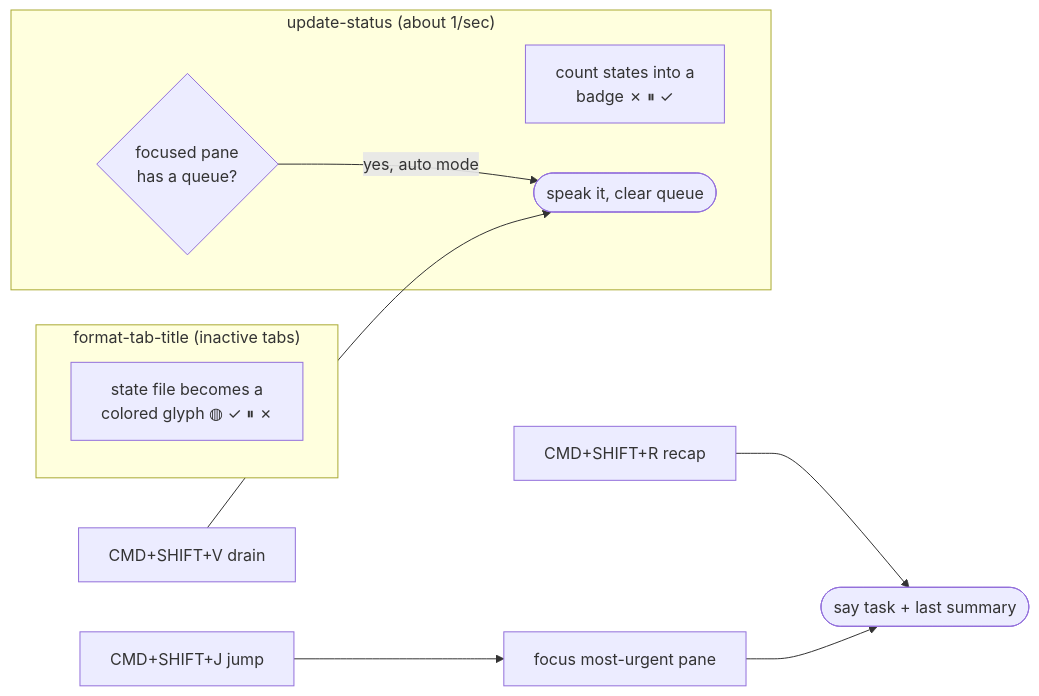
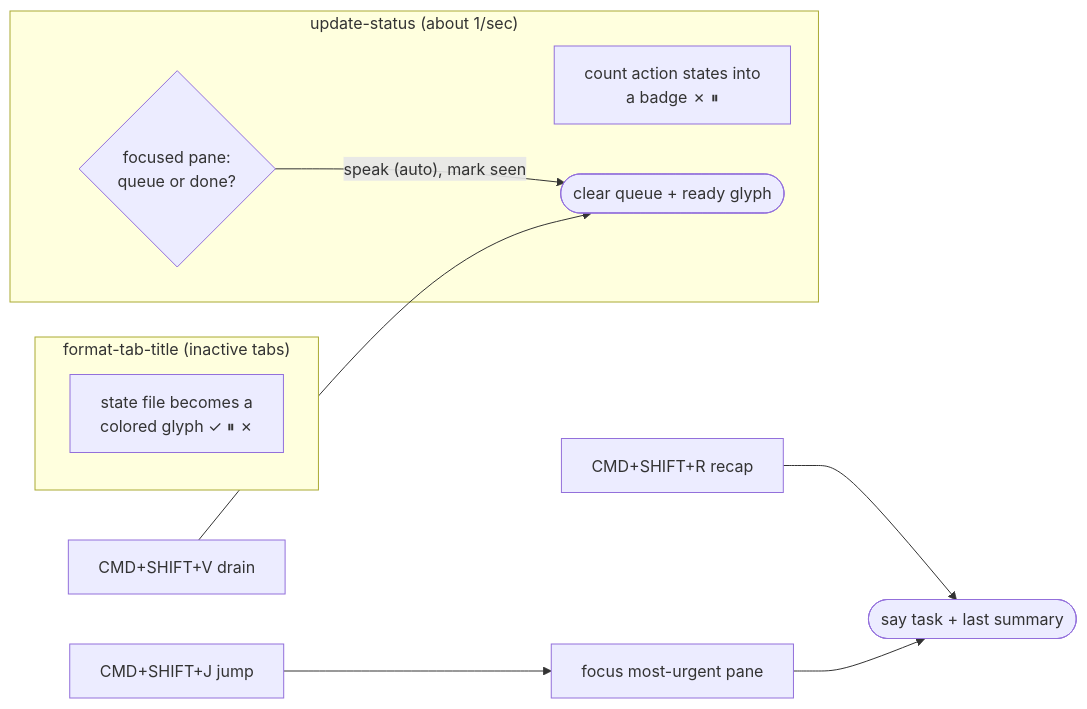
Before and after one commit to Louis-Mascari/aloud: the second of 2 diagrams in docs/architecture.md, drawn with Mermaid. The commit also changed other lines of this file and 8 other files, not shown here.

Commit message:
warm Kokoro daemon (fast, sentence-by-sentence) + barge-in key; badge action-only; drop working glyph; seen-vs-unseen done; summary rule = act-without-reading

````diff
--- a/docs/architecture.md
+++ b/docs/architecture.md
@@ -37,13 +37,13 @@
 ```mermaid
 flowchart LR
     subgraph tab["format-tab-title (inactive tabs)"]
-        G["state file becomes a<br/>colored glyph ◍ ✓ ⏸ ✗"]
+        G["state file becomes a<br/>colored glyph ✓ ⏸ ✗"]
     end
     subgraph bar["update-status (about 1/sec)"]
-        B["count states into a<br/>badge ✗ ⏸ ✓"]
-        F{"focused pane<br/>has a queue?"} -->|"yes, auto mode"| SP(["speak it, clear queue"])
+        B["count action states into<br/>a badge ✗ ⏸"]
+        F{"focused pane:<br/>queue or done?"} -->|"speak (auto), mark seen"| SP(["clear queue + ready glyph"])
     end
     K1["CMD+SHIFT+V drain"] --> SP
     K2["CMD+SHIFT+R recap"] --> RC(["say task + last summary"])
     K3["CMD+SHIFT+J jump"] --> J["focus most-urgent pane"] --> RC
 ```
````
